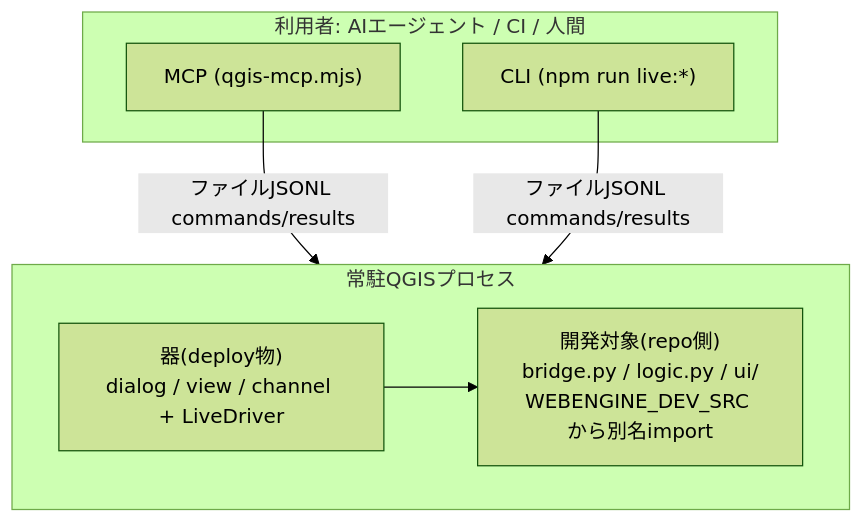
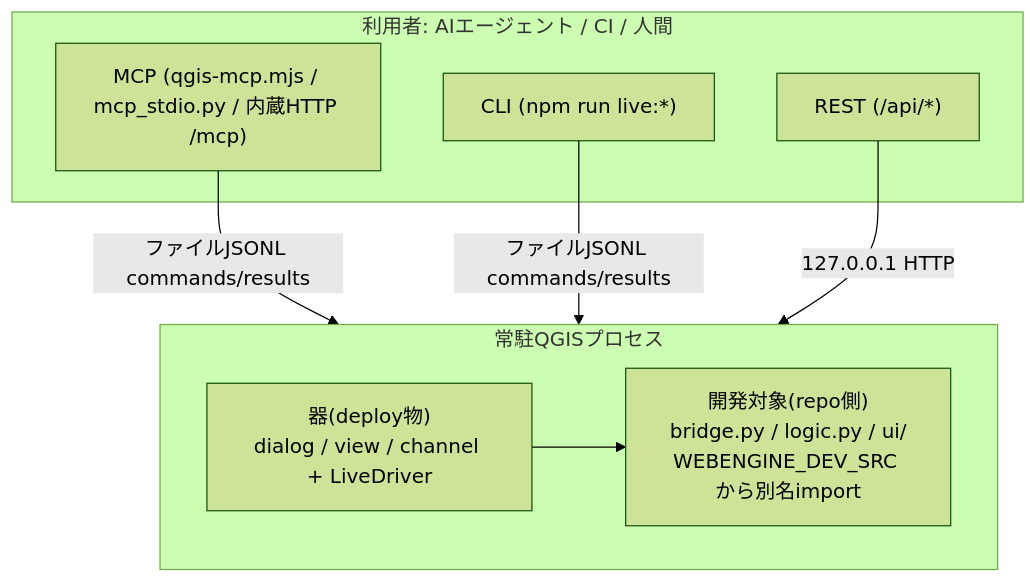
One commit to yamamoto-ryuzo/qgis_live_harness changed the first of 4 diagrams in README.md. Above: the diagram before and after it, drawn with Mermaid (forest theme). The commit also changed other lines of this file and 2 other files, not shown here.

First line of the commit message:
Document MCP/REST/stdio surfaces added to qgis_live

````diff
--- a/README.md
+++ b/README.md
@@ -25,15 +25,17 @@
 ```mermaid
 flowchart TB
     subgraph TOP["利用者: AIエージェント / CI / 人間"]
-        MCPC["MCP (qgis-mcp.mjs)"]
+        MCPC["MCP (qgis-mcp.mjs / mcp_stdio.py / 内蔵HTTP /mcp)"]
         CLIC["CLI (npm run live:*)"]
+        REST["REST (/api/*)"]
     end
 
     subgraph Q["常駐QGISプロセス"]
         VESSEL["器(deploy物)<br/>dialog / view / channel + LiveDriver"]
         PROD["開発対象(repo側)<br/>bridge.py / logic.py / ui/<br/>WEBENGINE_DEV_SRC から別名import"]
         VESSEL --> PROD
     end
 
     MCPC & CLIC -->|ファイルJSONL commands/results| Q
+    REST -->|127.0.0.1 HTTP| Q
 ```
````
